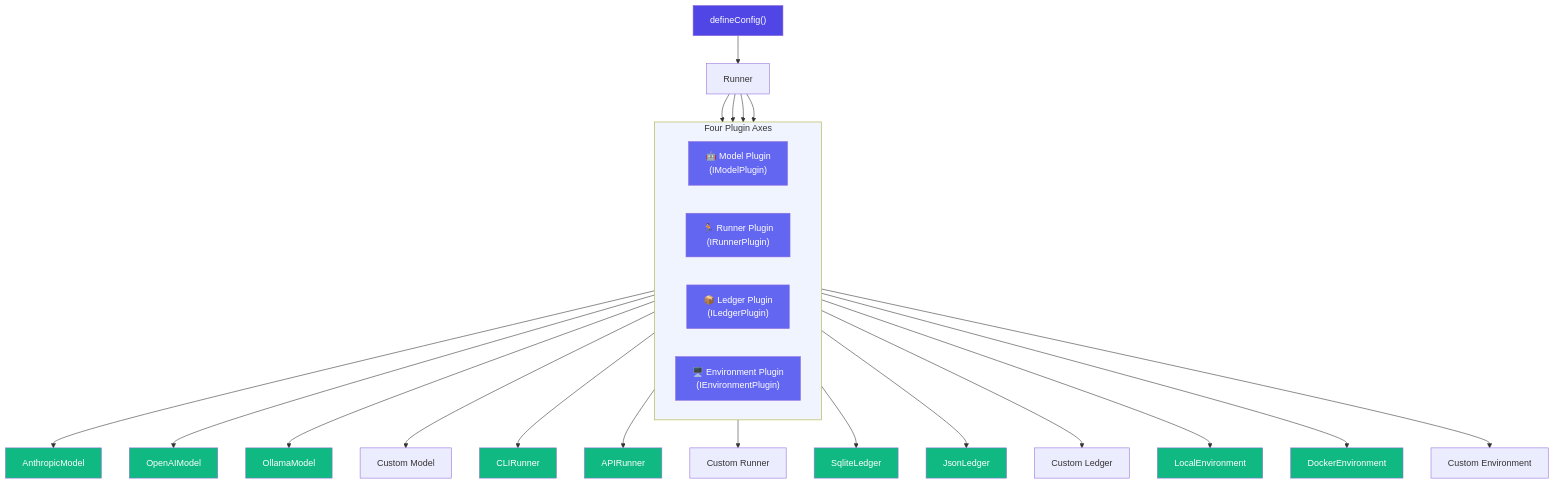
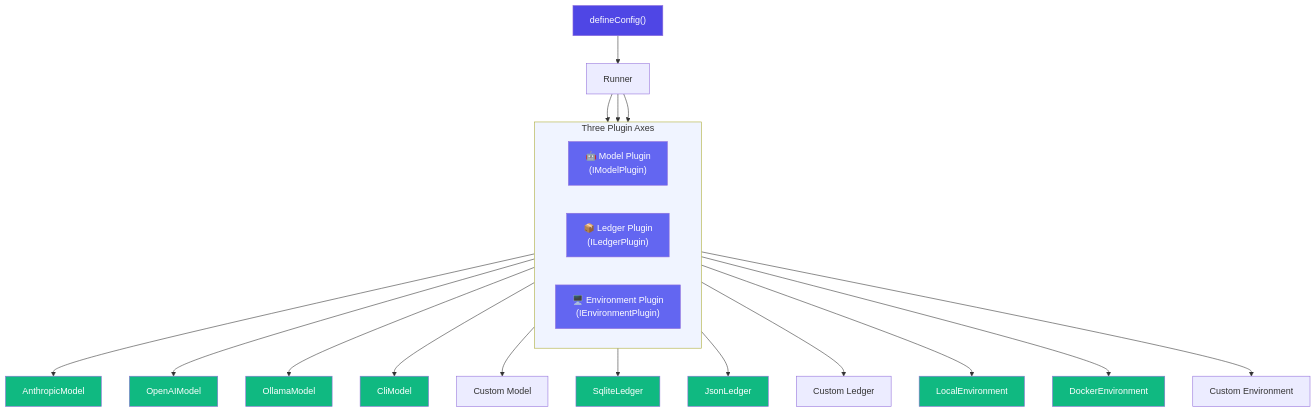
One commit to Tlahey/agent-eval changed the first of 2 diagrams in apps/docs/guide/plugins.md. Above: the diagram before and after it, drawn with Mermaid. The commit also changed other lines of this file and 35 other files, not shown here.

````diff
--- a/apps/docs/guide/plugins.md
+++ b/apps/docs/guide/plugins.md
@@ -7,50 +7,43 @@
 ```mermaid
 flowchart TB
     CONFIG["defineConfig()"] --> RUNNER["Runner"]
 
-    subgraph Plugins["Four Plugin Axes"]
+    subgraph Plugins["Three Plugin Axes"]
         direction LR
         MODEL["🤖 Model Plugin<br/>(IModelPlugin)"]
-        RUN["🏃 Runner Plugin<br/>(IRunnerPlugin)"]
         LEDGER["📦 Ledger Plugin<br/>(ILedgerPlugin)"]
         ENV["🖥️ Environment Plugin<br/>(IEnvironmentPlugin)"]
     end
 
     RUNNER --> MODEL
-    RUNNER --> RUN
     RUNNER --> LEDGER
     RUNNER --> ENV
 
     MODEL --> AN["AnthropicModel"]
     MODEL --> OA["OpenAIModel"]
     MODEL --> OL["OllamaModel"]
+    MODEL --> CL["CliModel"]
     MODEL --> CM["Custom Model"]
-
-    RUN --> CR["CLIRunner"]
-    RUN --> AR["APIRunner"]
-    RUN --> CRU["Custom Runner"]
 
     LEDGER --> SQ["SqliteLedger"]
     LEDGER --> JS["JsonLedger"]
     LEDGER --> CU["Custom Ledger"]
 
     ENV --> LE["LocalEnvironment"]
     ENV --> DE["DockerEnvironment"]
     ENV --> CE["Custom Environment"]
 
     style CONFIG fill:#4f46e5,color:#fff
     style Plugins fill:#f0f4ff
     style MODEL fill:#6366f1,color:#fff
-    style RUN fill:#6366f1,color:#fff
     style LEDGER fill:#6366f1,color:#fff
     style ENV fill:#6366f1,color:#fff
     style AN fill:#10b981,color:#fff
     style OA fill:#10b981,color:#fff
     style OL fill:#10b981,color:#fff
-    style CR fill:#10b981,color:#fff
-    style AR fill:#10b981,color:#fff
+    style CL fill:#10b981,color:#fff
     style SQ fill:#10b981,color:#fff
     style JS fill:#10b981,color:#fff
     style LE fill:#10b981,color:#fff
     style DE fill:#10b981,color:#fff
 ```
````
